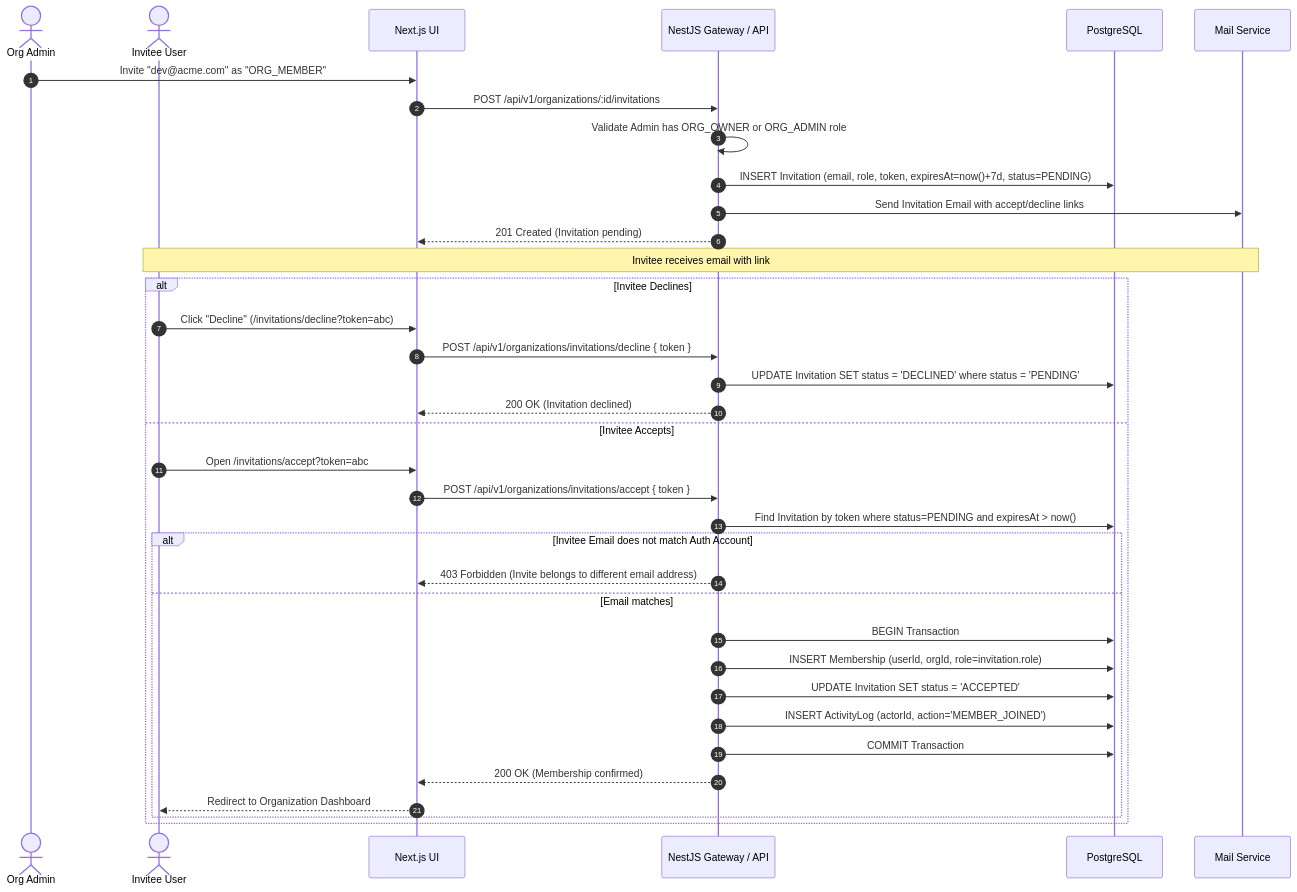
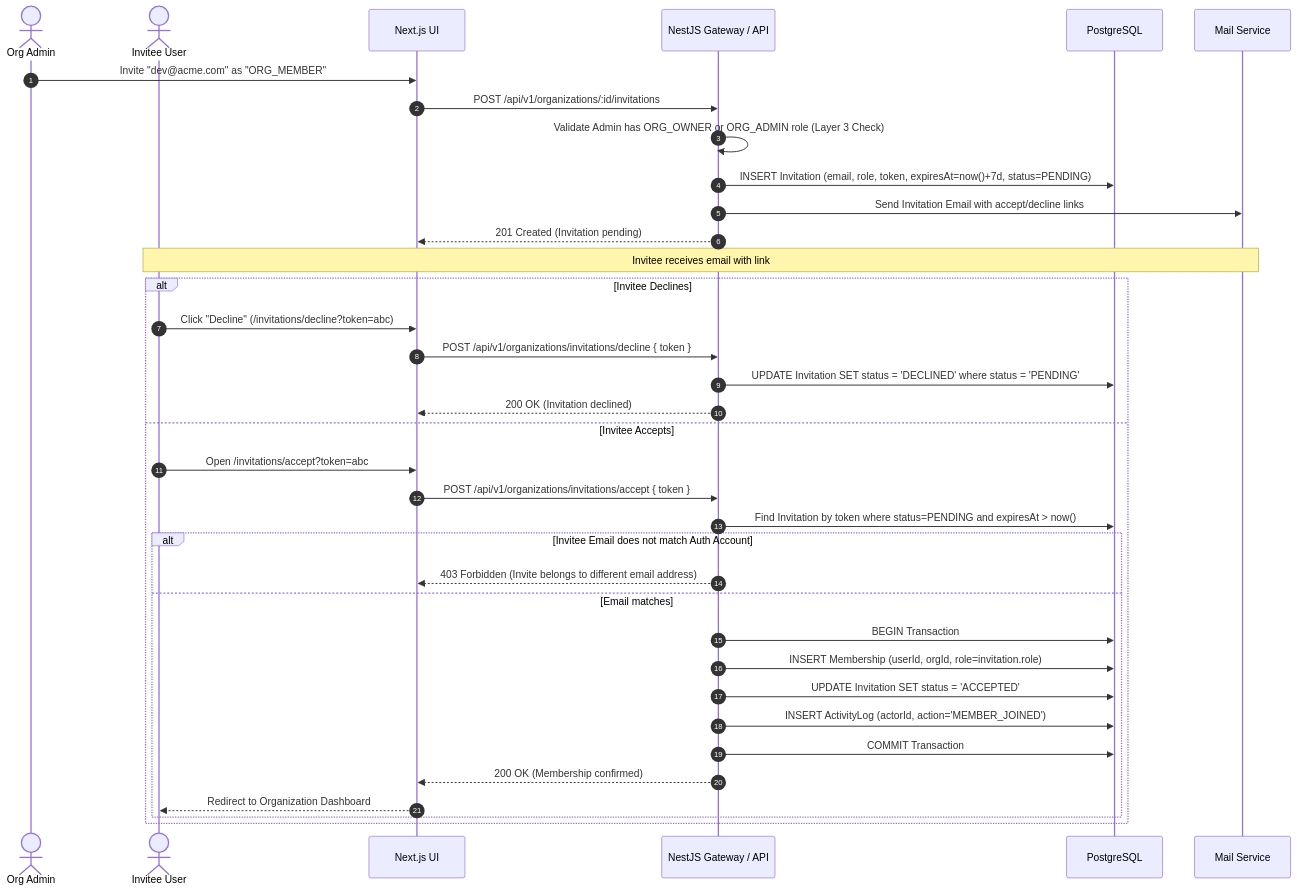
Before and after one commit to Y0oLK/teamflow: the third of 7 diagrams in docs/00-project-overview/user-journeys-and-workflows.md, drawn with Mermaid. The commit also changed other lines of this file and 4 other files, not shown here.

Commit message:
docs: incorporate approved Q1-Q6 architecture decisions, string fractional indexing, and technical hardening into SRS v1.2.0

````diff
--- a/docs/00-project-overview/user-journeys-and-workflows.md
+++ b/docs/00-project-overview/user-journeys-and-workflows.md
@@ -86,41 +86,41 @@
 ```mermaid
 sequenceDiagram
     autonumber
     actor Admin as Org Admin
     actor Invitee as Invitee User
     participant Front as Next.js UI
     participant API as NestJS Gateway / API
     participant DB as PostgreSQL
     participant Mail as Mail Service
 
     Admin->>Front: Invite "dev@acme.com" as "ORG_MEMBER"
     Front->>API: POST /api/v1/organizations/:id/invitations
-    API->>API: Validate Admin has ORG_OWNER or ORG_ADMIN role
+    API->>API: Validate Admin has ORG_OWNER or ORG_ADMIN role (Layer 3 Check)
     API->>DB: INSERT Invitation (email, role, token, expiresAt=now()+7d, status=PENDING)
     API->>Mail: Send Invitation Email with accept/decline links
     API-->>Front: 201 Created (Invitation pending)
 
     Note over Invitee,Mail: Invitee receives email with link
 
     alt Invitee Declines
         Invitee->>Front: Click "Decline" (/invitations/decline?token=abc)
         Front->>API: POST /api/v1/organizations/invitations/decline { token }
         API->>DB: UPDATE Invitation SET status = 'DECLINED' where status = 'PENDING'
         API-->>Front: 200 OK (Invitation declined)
     else Invitee Accepts
         Invitee->>Front: Open /invitations/accept?token=abc
         Front->>API: POST /api/v1/organizations/invitations/accept { token }
         API->>DB: Find Invitation by token where status=PENDING and expiresAt > now()
         alt Invitee Email does not match Auth Account
             API-->>Front: 403 Forbidden (Invite belongs to different email address)
         else Email matches
             API->>DB: BEGIN Transaction
             API->>DB: INSERT Membership (userId, orgId, role=invitation.role)
             API->>DB: UPDATE Invitation SET status = 'ACCEPTED'
             API->>DB: INSERT ActivityLog (actorId, action='MEMBER_JOINED')
             API->>DB: COMMIT Transaction
             API-->>Front: 200 OK (Membership confirmed)
             Front-->>Invitee: Redirect to Organization Dashboard
         end
     end
 ```
````
